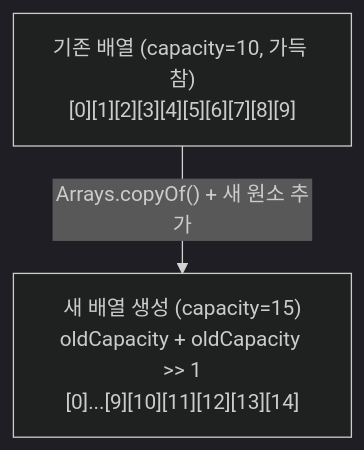
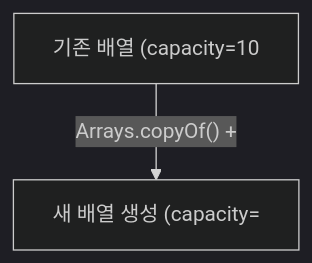
The third of 21 diagrams in _posts/java/2026-05-01-java-collections.md (yjkim2015/yjkim2015.github.io), drawn with Mermaid (dark theme) before and after one commit. The commit also changed other lines of this file and 271 other files, not shown here.

First line of the commit message:
Mermaid 라벨 축소: 긴 노드 텍스트 18자 이하로 트림 + \n 제거

````diff
--- a/_posts/java/2026-05-01-java-collections.md
+++ b/_posts/java/2026-05-01-java-collections.md
@@ -65,6 +65,6 @@
 ```mermaid
 graph TD
-    OLD["기존 배열 (capacity=10, 가득 참)<br>[0][1][2][3][4][5][6][7][8][9]"]
-    NEW["새 배열 생성 (capacity=15)<br>oldCapacity + oldCapacity >> 1<br>[0]...[9][10][11][12][13][14]"]
-    OLD -->|"Arrays.copyOf() + 새 원소 추가"| NEW
+    OLD["기존 배열 (capacity=10"]
+    NEW["새 배열 생성 (capacity="]
+    OLD -->|"Arrays.copyOf() +"| NEW
 ```
````
